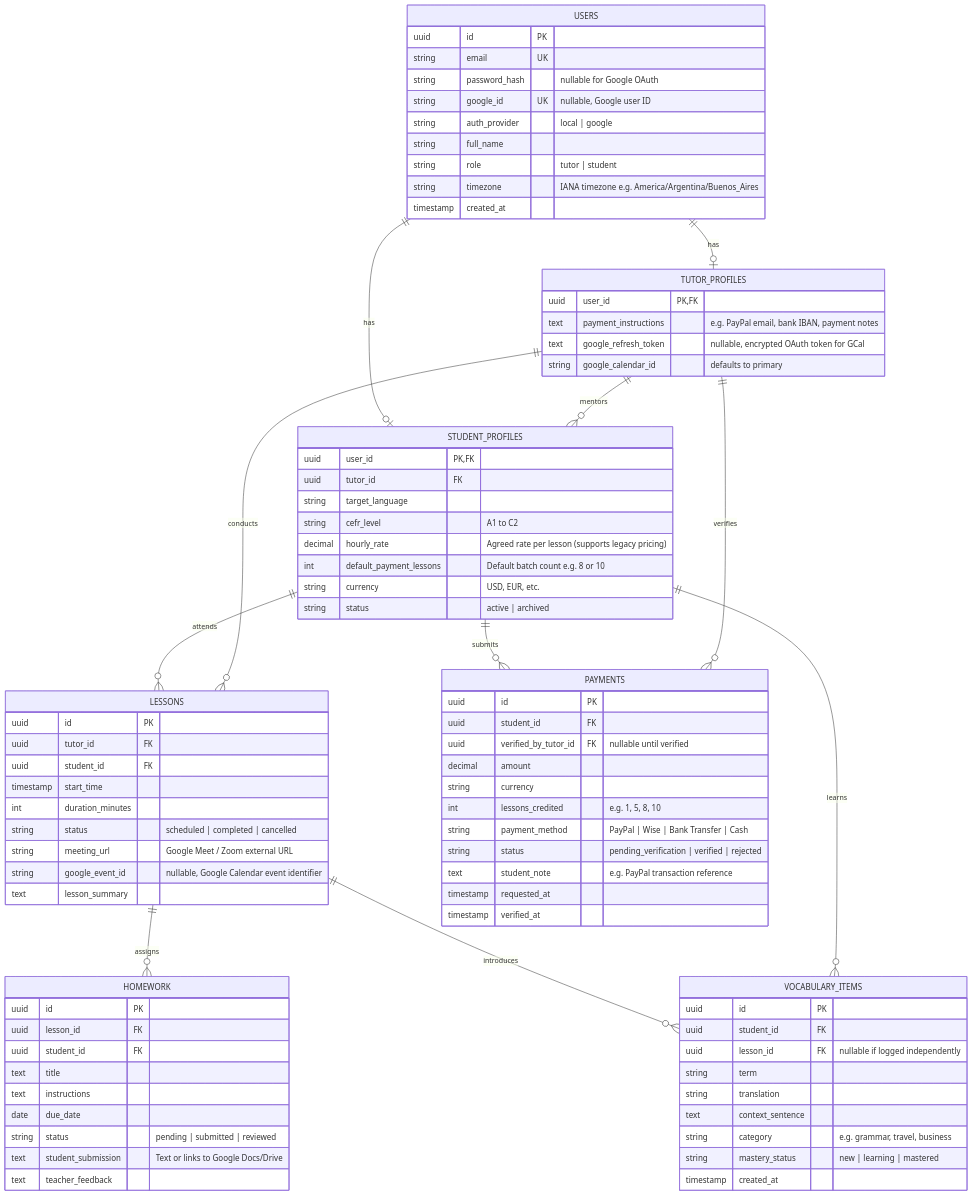
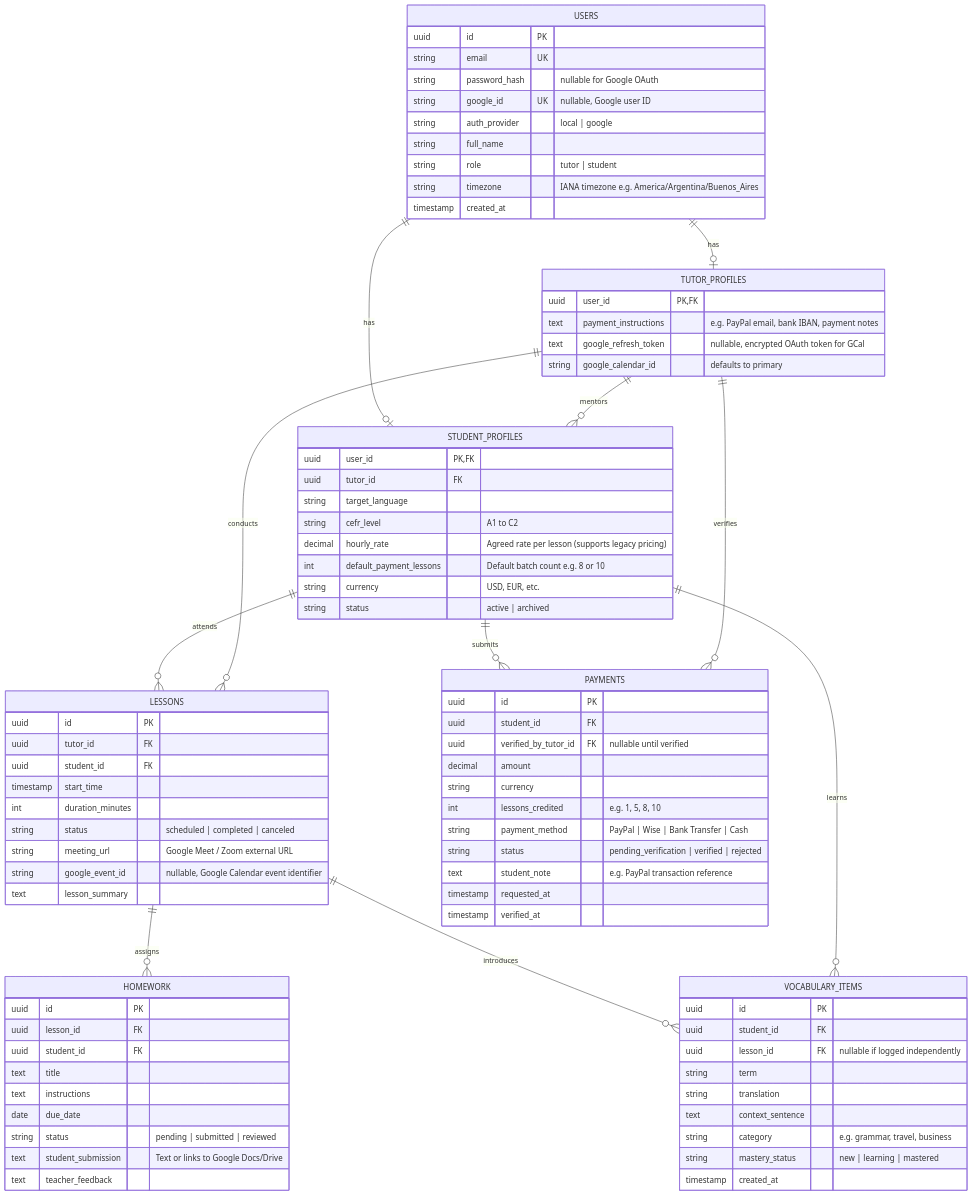
The diagram in docs/diagrams/01-erd.mmd (DmytroCherednichenko/idiomar-crm), drawn with Mermaid before and after one commit. The commit also changed 6 other files, not shown here.

```diff
--- a/docs/diagrams/01-erd.mmd
+++ b/docs/diagrams/01-erd.mmd
@@ -1,94 +1,94 @@
 erDiagram
     USERS ||--o| STUDENT_PROFILES : "has"
     USERS ||--o| TUTOR_PROFILES : "has"
     TUTOR_PROFILES ||--o{ STUDENT_PROFILES : "mentors"
     
     STUDENT_PROFILES ||--o{ LESSONS : "attends"
     TUTOR_PROFILES ||--o{ LESSONS : "conducts"
     
     STUDENT_PROFILES ||--o{ PAYMENTS : "submits"
     TUTOR_PROFILES ||--o{ PAYMENTS : "verifies"
 
     LESSONS ||--o{ HOMEWORK : "assigns"
     LESSONS ||--o{ VOCABULARY_ITEMS : "introduces"
     STUDENT_PROFILES ||--o{ VOCABULARY_ITEMS : "learns"
 
     USERS {
         uuid id PK
         string email UK
         string password_hash "nullable for Google OAuth"
         string google_id UK "nullable, Google user ID"
         string auth_provider "local | google"
         string full_name
         string role "tutor | student"
         string timezone "IANA timezone e.g. America/Argentina/Buenos_Aires"
         timestamp created_at
     }
 
     STUDENT_PROFILES {
         uuid user_id PK, FK
         uuid tutor_id FK
         string target_language
         string cefr_level "A1 to C2"
         decimal hourly_rate "Agreed rate per lesson (supports legacy pricing)"
         int default_payment_lessons "Default batch count e.g. 8 or 10"
         string currency "USD, EUR, etc."
         string status "active | archived"
     }
 
     TUTOR_PROFILES {
         uuid user_id PK, FK
         text payment_instructions "e.g. PayPal email, bank IBAN, payment notes"
         text google_refresh_token "nullable, encrypted OAuth token for GCal"
         string google_calendar_id "defaults to primary"
     }
 
     PAYMENTS {
         uuid id PK
         uuid student_id FK
         uuid verified_by_tutor_id FK "nullable until verified"
         decimal amount
         string currency
         int lessons_credited "e.g. 1, 5, 8, 10"
         string payment_method "PayPal | Wise | Bank Transfer | Cash"
         string status "pending_verification | verified | rejected"
         text student_note "e.g. PayPal transaction reference"
         timestamp requested_at
         timestamp verified_at
     }
 
     LESSONS {
         uuid id PK
         uuid tutor_id FK
         uuid student_id FK
         timestamp start_time
         int duration_minutes
-        string status "scheduled | completed | cancelled"
+        string status "scheduled | completed | canceled"
         string meeting_url "Google Meet / Zoom external URL"
         string google_event_id "nullable, Google Calendar event identifier"
         text lesson_summary
     }
 
     HOMEWORK {
         uuid id PK
         uuid lesson_id FK
         uuid student_id FK
         text title
         text instructions
         date due_date
         string status "pending | submitted | reviewed"
         text student_submission "Text or links to Google Docs/Drive"
         text teacher_feedback
     }
 
     VOCABULARY_ITEMS {
         uuid id PK
         uuid student_id FK
         uuid lesson_id FK "nullable if logged independently"
         string term
         string translation
         text context_sentence
         string category "e.g. grammar, travel, business"
         string mastery_status "new | learning | mastered"
         timestamp created_at
     }
```
